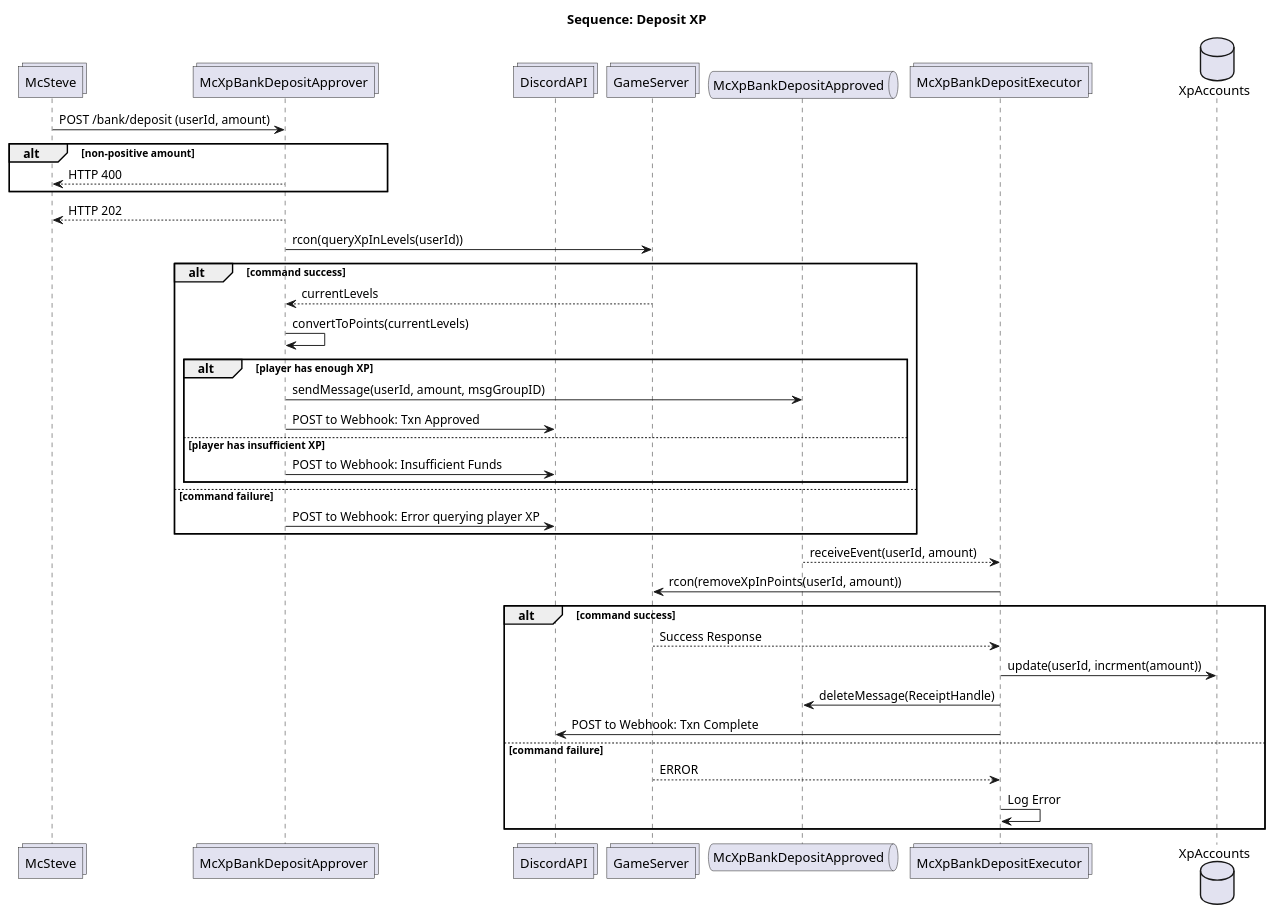
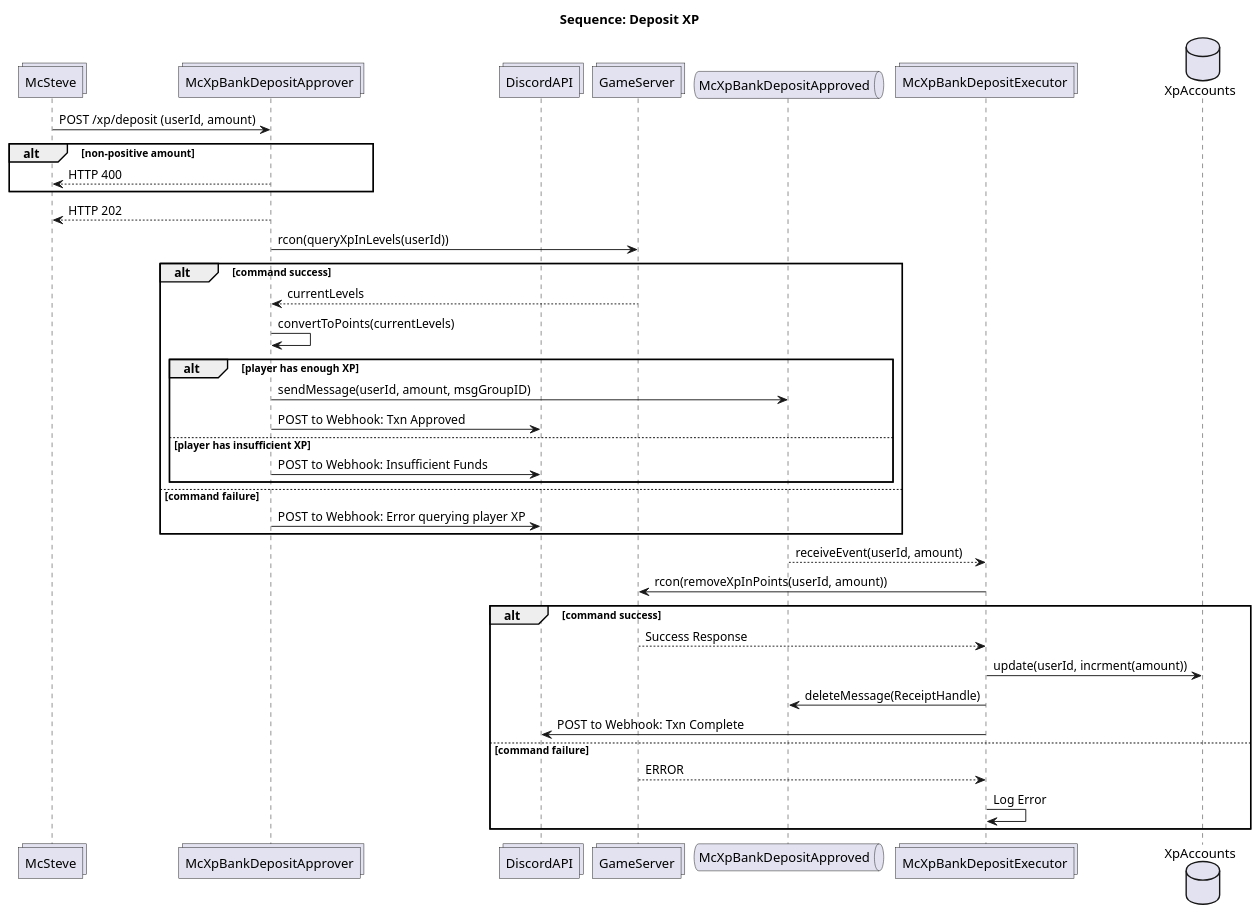
The diagram in docs/sequence_deposit.puml (Ubunfu/mc-xp-bank), drawn with PlantUML before and after one commit. The commit also changed 15 other files, not shown here.

```diff
--- a/docs/sequence_deposit.puml
+++ b/docs/sequence_deposit.puml
@@ -1,48 +1,48 @@
 @startuml sequence_deposit
 
 title Sequence: Deposit XP
 
 collections McSteve
 collections McXpBankDepositApprover
 collections DiscordAPI
 collections GameServer
 queue McXpBankDepositApproved
 collections McXpBankDepositExecutor
 database XpAccounts
 
-McSteve -> McXpBankDepositApprover: POST /bank/deposit (userId, amount)
+McSteve -> McXpBankDepositApprover: POST /xp/deposit (userId, amount)
 alt non-positive amount
     McSteve <-- McXpBankDepositApprover: HTTP 400
 end
 McSteve <-- McXpBankDepositApprover: HTTP 202
 
 ' Deposit Approver App
 McXpBankDepositApprover -> GameServer: rcon(queryXpInLevels(userId))
 alt command success
     McXpBankDepositApprover <-- GameServer: currentLevels
     McXpBankDepositApprover -> McXpBankDepositApprover: convertToPoints(currentLevels)
     alt player has enough XP
         McXpBankDepositApprover -> McXpBankDepositApproved: sendMessage(userId, amount, msgGroupID)
         McXpBankDepositApprover -> DiscordAPI: POST to Webhook: Txn Approved
     else player has insufficient XP
         McXpBankDepositApprover -> DiscordAPI: POST to Webhook: Insufficient Funds
     end
 else command failure
     McXpBankDepositApprover -> DiscordAPI: POST to Webhook: Error querying player XP
 end
 
 ' Deposit Executor App
 McXpBankDepositApproved --> McXpBankDepositExecutor: receiveEvent(userId, amount)
 McXpBankDepositExecutor -> GameServer: rcon(removeXpInPoints(userId, amount))
 
 alt command success
     McXpBankDepositExecutor <-- GameServer: Success Response
     McXpBankDepositExecutor -> XpAccounts: update(userId, incrment(amount))
     McXpBankDepositExecutor -> McXpBankDepositApproved: deleteMessage(ReceiptHandle)
     McXpBankDepositExecutor -> DiscordAPI: POST to Webhook: Txn Complete
 else command failure
     McXpBankDepositExecutor <-- GameServer: ERROR
     McXpBankDepositExecutor -> McXpBankDepositExecutor: Log Error
 end
 
 @enduml
```
